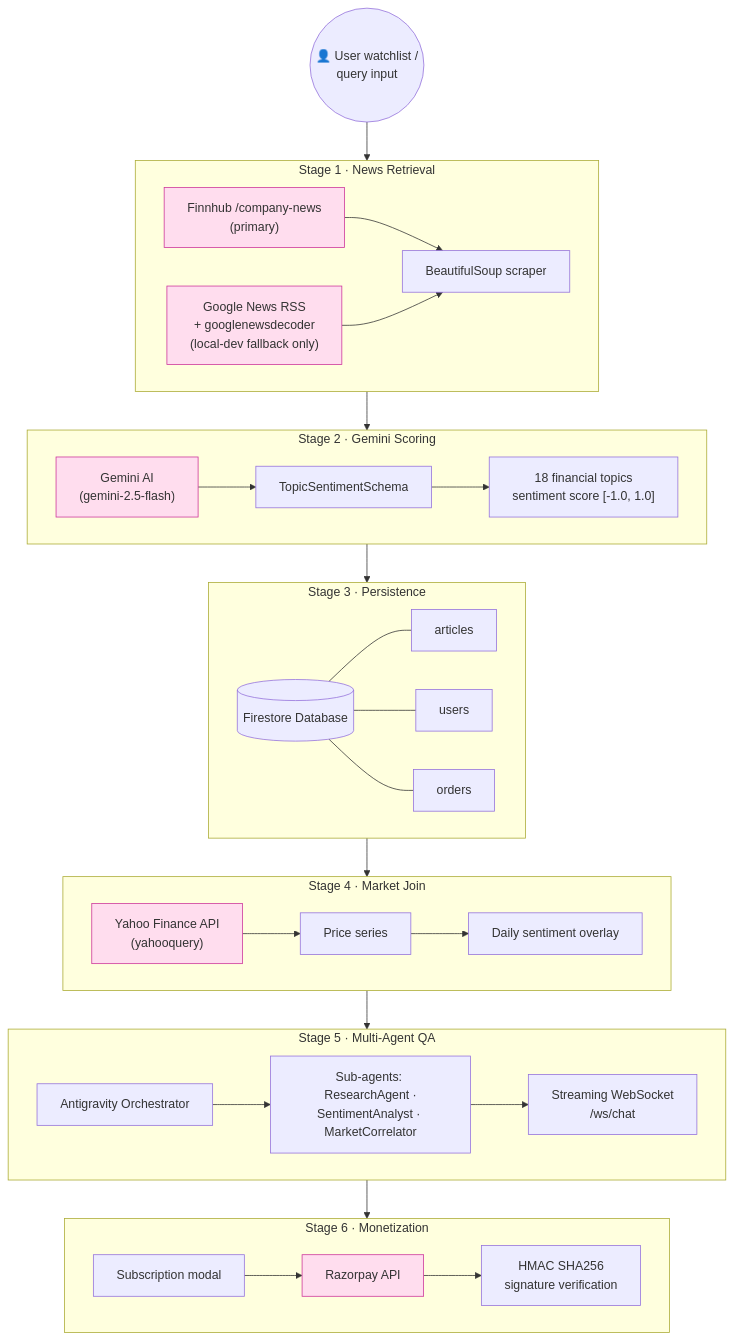
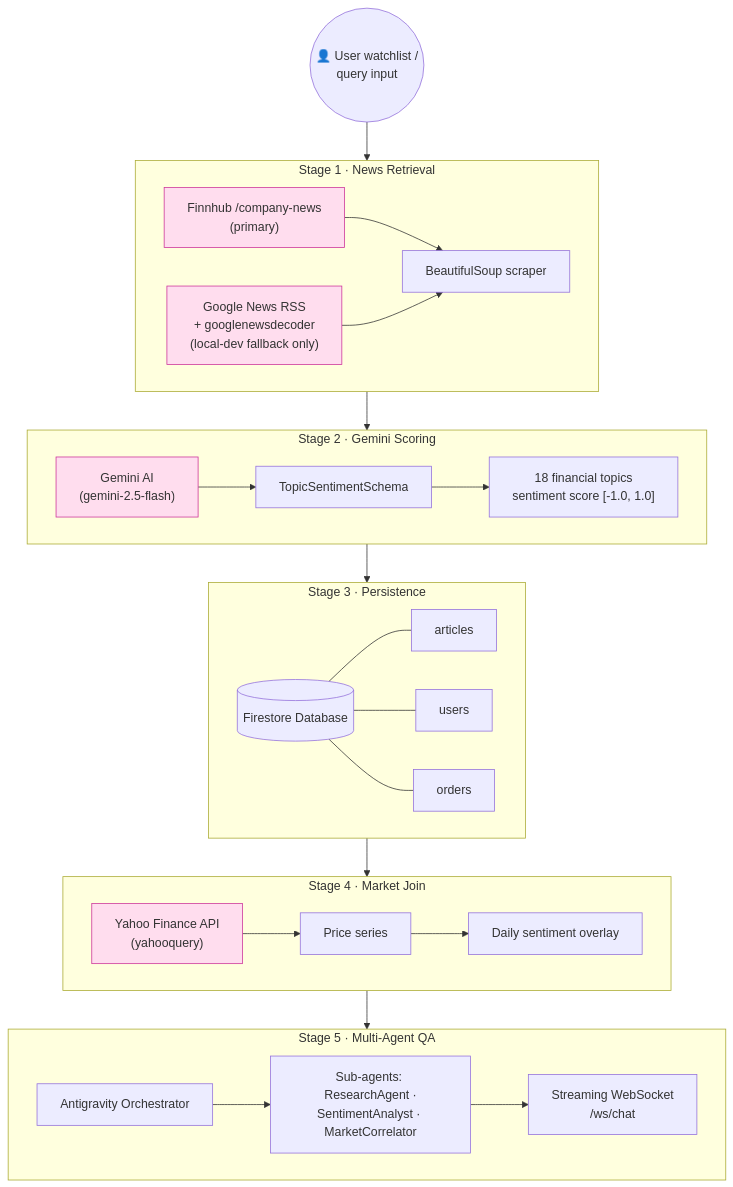
One commit to mathamatigician/MarketWave changed the diagram in docs/diagrams/04_product_workflow.mmd. Above: the diagram before and after it, drawn with Mermaid. The commit also changed 12 other files, not shown here.

```diff
--- a/docs/diagrams/04_product_workflow.mmd
+++ b/docs/diagrams/04_product_workflow.mmd
@@ -1,56 +1,48 @@
 flowchart TB
     input(("👤 User watchlist /<br/>query input"))
 
     subgraph S1["Stage 1 · News Retrieval"]
         finnhub["Finnhub /company-news<br/>(primary)"]
         rss["Google News RSS<br/>+ googlenewsdecoder<br/>(local-dev fallback only)"]
         scrape["BeautifulSoup scraper"]
     end
 
     subgraph S2["Stage 2 · Gemini Scoring"]
         gemini["Gemini AI<br/>(gemini-2.5-flash)"]
         schema["TopicSentimentSchema"]
         topics["18 financial topics<br/>sentiment score [-1.0, 1.0]"]
     end
 
     subgraph S3["Stage 3 · Persistence"]
         firestore[("Firestore Database")]
         articles["articles"]
         users["users"]
         orders["orders"]
     end
 
     subgraph S4["Stage 4 · Market Join"]
         yahoo["Yahoo Finance API<br/>(yahooquery)"]
         price["Price series"]
         overlay["Daily sentiment overlay"]
     end
 
     subgraph S5["Stage 5 · Multi-Agent QA"]
         orch["Antigravity Orchestrator"]
         subagents["Sub-agents: ResearchAgent ·<br/>SentimentAnalyst · MarketCorrelator"]
         ws["Streaming WebSocket<br/>/ws/chat"]
     end
 
-    subgraph S6["Stage 6 · Monetization"]
-        modal["Subscription modal"]
-        razorpay["Razorpay API"]
-        hmac["HMAC SHA256<br/>signature verification"]
-    end
-
     input --> S1
     finnhub --> scrape
     rss --> scrape
     S1 --> S2
     gemini --> schema --> topics
     S2 --> S3
     firestore --- articles & users & orders
     S3 --> S4
     yahoo --> price --> overlay
     S4 --> S5
     orch --> subagents --> ws
-    S5 --> S6
-    modal --> razorpay --> hmac
 
     classDef ext fill:#fde,stroke:#c39;
-    class finnhub,rss,gemini,yahoo,razorpay ext;
+    class finnhub,rss,gemini,yahoo ext;
```
